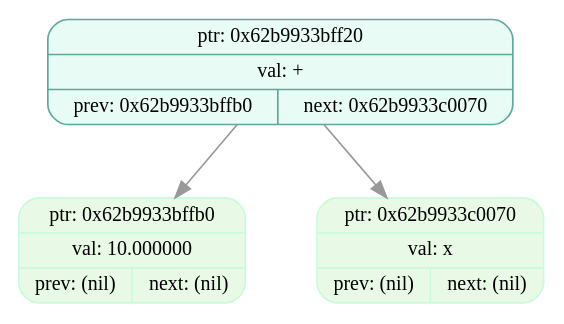
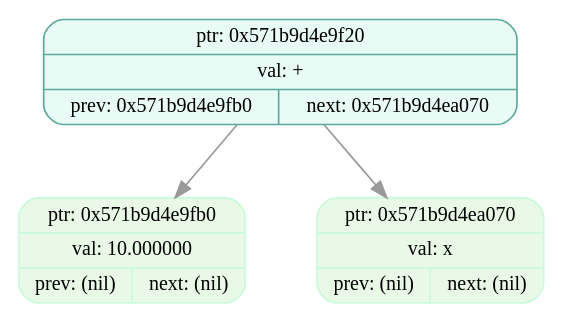
The diagram in dumps/tree_dump_002.dot (EvilTomato9890/Difference), drawn with Graphviz before and after one commit. The commit also changed 37 other files, not shown here.

```diff
--- a/dumps/tree_dump_002.dot
+++ b/dumps/tree_dump_002.dot
@@ -1,9 +1,9 @@
 digraph T{
   node [fontname="Fira Mono",shape=record,style="filled,rounded",fontsize=12];
   graph [splines=true, nodesep=0.6, ranksep=0.6];
-  node_0x62b9933bff20[shape=record,label="{ {ptr: 0x62b9933bff20} | {val: +} | { prev: 0x62b9933bffb0 | next: 0x62b9933c0070 } }",color="#5aa99b",fillcolor="#e9fbf5"];
-  node_0x62b9933bffb0[shape=record,label="{ {ptr: 0x62b9933bffb0} | {val: 10.000000} | { prev: (nil) | next: (nil) } }",color="#c9fbdbff",fillcolor="#e8f9e5ff"];
-  node_0x62b9933c0070[shape=record,label="{ {ptr: 0x62b9933c0070} | {val: x} | { prev: (nil) | next: (nil) } }",color="#c9fbdbff",fillcolor="#e8f9e5ff"];
-  node_0x62b9933bff20 -> node_0x62b9933bffb0 [color="#999999"];
-  node_0x62b9933bff20 -> node_0x62b9933c0070 [color="#999999"];
+  node_0x571b9d4e9f20[shape=record,label="{ {ptr: 0x571b9d4e9f20} | {val: +} | { prev: 0x571b9d4e9fb0 | next: 0x571b9d4ea070 } }",color="#5aa99b",fillcolor="#e9fbf5"];
+  node_0x571b9d4e9fb0[shape=record,label="{ {ptr: 0x571b9d4e9fb0} | {val: 10.000000} | { prev: (nil) | next: (nil) } }",color="#c9fbdbff",fillcolor="#e8f9e5ff"];
+  node_0x571b9d4ea070[shape=record,label="{ {ptr: 0x571b9d4ea070} | {val: x} | { prev: (nil) | next: (nil) } }",color="#c9fbdbff",fillcolor="#e8f9e5ff"];
+  node_0x571b9d4e9f20 -> node_0x571b9d4e9fb0 [color="#999999"];
+  node_0x571b9d4e9f20 -> node_0x571b9d4ea070 [color="#999999"];
 }
```
